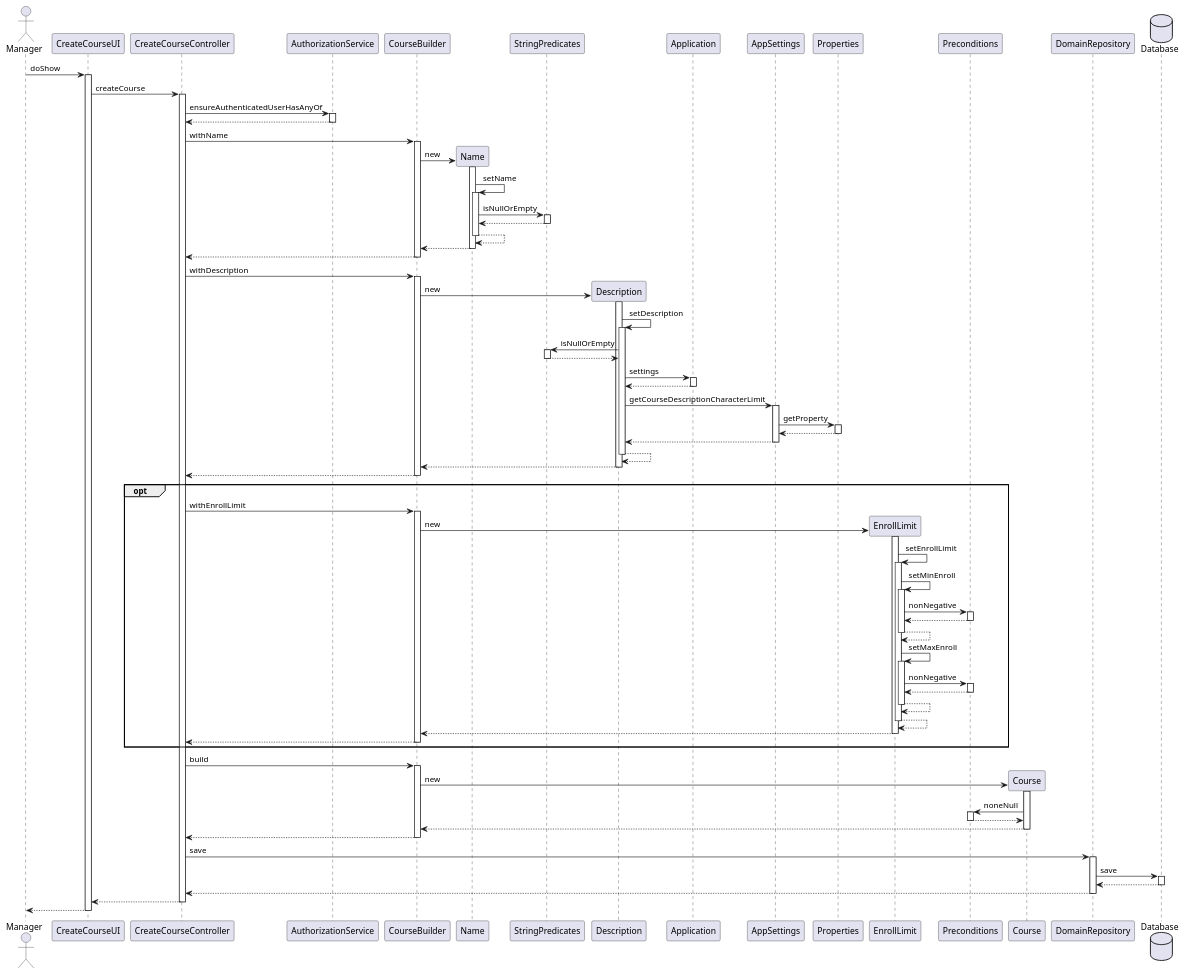
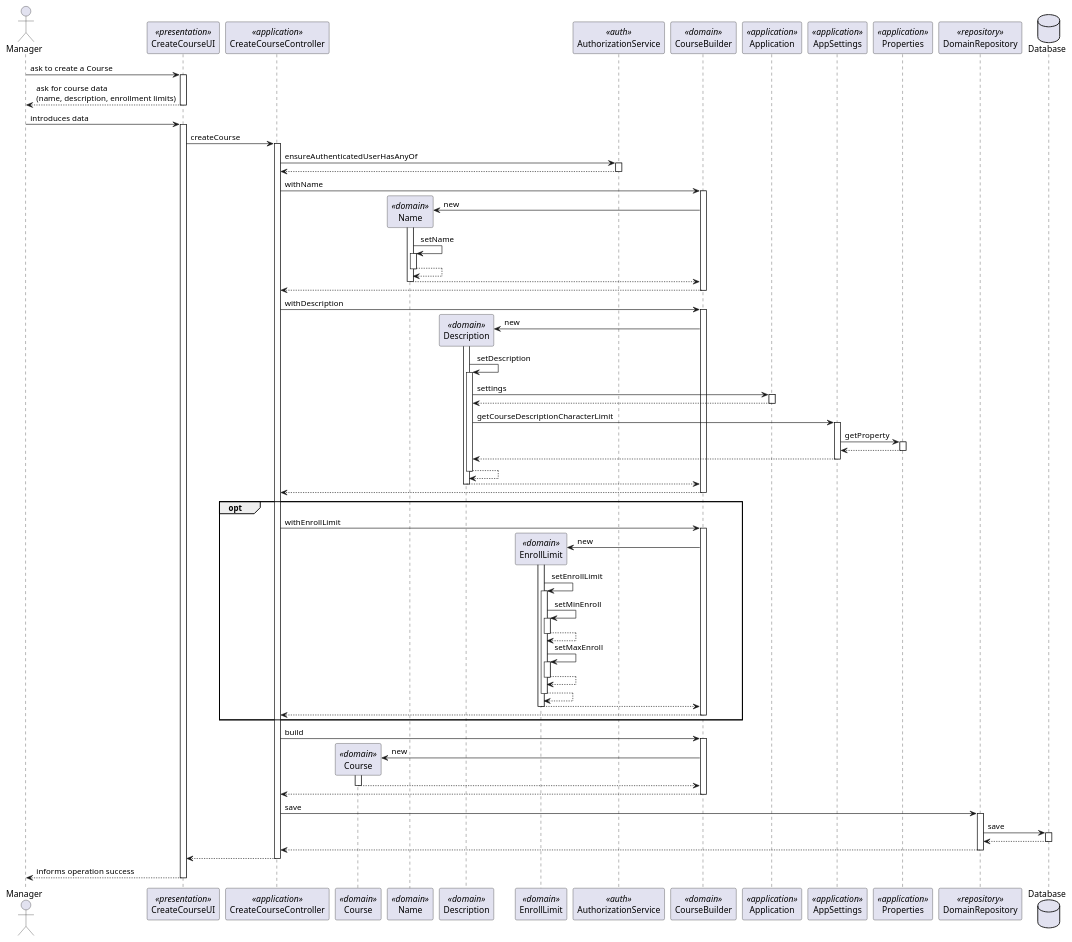
One commit to pedrocmesquita/eCourse changed the diagram in docs/us_1002/CreateCourse_SD.puml. Above: the diagram before and after it, drawn with PlantUML. The commit also changed 10 other files, not shown here.

```diff
--- a/docs/us_1002/CreateCourse_SD.puml
+++ b/docs/us_1002/CreateCourse_SD.puml
@@ -1,113 +1,111 @@
 @startuml
 actor Manager as Actor
-Actor -> CreateCourseUI : doShow
+participant CreateCourseUI as CreateCourseUI <<presentation>>
+participant CreateCourseController as CreateCourseController <<application>>
+participant Course as Course <<domain>>
+participant Name as Name <<domain>>
+participant Description as Description <<domain>>
+participant EnrollLimit as EnrollLimit <<domain>>
+participant AuthorizationService as AuthorizationService <<auth>>
+participant CourseBuilder as CourseBuilder <<domain>>
+participant Application as Application <<application>>
+participant AppSettings as AppSettings <<application>>
+participant Properties as Properties <<application>>
+participant DomainRepository as DomainRepository <<repository>>
+
+
+Actor -> CreateCourseUI : ask to create a Course
+activate CreateCourseUI
+CreateCourseUI --> Actor : ask for course data\n(name, description, enrollment limits)
+deactivate CreateCourseUI
+Actor -> CreateCourseUI : introduces data
 activate CreateCourseUI
 CreateCourseUI -> CreateCourseController : createCourse
 activate CreateCourseController
 CreateCourseController -> AuthorizationService : ensureAuthenticatedUserHasAnyOf
 activate AuthorizationService
 AuthorizationService --> CreateCourseController
 deactivate AuthorizationService
 CreateCourseController -> CourseBuilder : withName
 activate CourseBuilder
 create Name
 CourseBuilder -> Name : new
 activate Name
 Name -> Name : setName
 activate Name
-Name -> StringPredicates : isNullOrEmpty
-activate StringPredicates
-StringPredicates --> Name
-deactivate StringPredicates
 Name --> Name
 deactivate Name
 Name --> CourseBuilder
 deactivate Name
 CourseBuilder --> CreateCourseController
 deactivate CourseBuilder
 CreateCourseController -> CourseBuilder : withDescription
 activate CourseBuilder
 create Description
 CourseBuilder -> Description : new
 activate Description
 Description -> Description : setDescription
 activate Description
-Description -> StringPredicates : isNullOrEmpty
-activate StringPredicates
-StringPredicates --> Description
-deactivate StringPredicates
 Description -> Application : settings
 activate Application
 Application --> Description
 deactivate Application
 Description -> AppSettings : getCourseDescriptionCharacterLimit
 activate AppSettings
 AppSettings -> Properties : getProperty
 activate Properties
 Properties --> AppSettings
 deactivate Properties
 AppSettings --> Description
 deactivate AppSettings
 Description --> Description
 deactivate Description
 Description --> CourseBuilder
 deactivate Description
 CourseBuilder --> CreateCourseController
 deactivate CourseBuilder
 opt
 CreateCourseController -> CourseBuilder : withEnrollLimit
 activate CourseBuilder
 create EnrollLimit
 CourseBuilder -> EnrollLimit : new
 activate EnrollLimit
 EnrollLimit -> EnrollLimit : setEnrollLimit
 activate EnrollLimit
 EnrollLimit -> EnrollLimit : setMinEnroll
 activate EnrollLimit
-EnrollLimit -> Preconditions : nonNegative
-activate Preconditions
-Preconditions --> EnrollLimit
-deactivate Preconditions
 EnrollLimit --> EnrollLimit
 deactivate EnrollLimit
 EnrollLimit -> EnrollLimit : setMaxEnroll
 activate EnrollLimit
-EnrollLimit -> Preconditions : nonNegative
-activate Preconditions
-Preconditions --> EnrollLimit
-deactivate Preconditions
 EnrollLimit --> EnrollLimit
 deactivate EnrollLimit
 EnrollLimit --> EnrollLimit
 deactivate EnrollLimit
 EnrollLimit --> CourseBuilder
 deactivate EnrollLimit
 CourseBuilder --> CreateCourseController
 deactivate CourseBuilder
 end
 CreateCourseController -> CourseBuilder : build
 activate CourseBuilder
 create Course
 CourseBuilder -> Course : new
 activate Course
-Course -> Preconditions : noneNull
-activate Preconditions
-Preconditions --> Course
-deactivate Preconditions
 Course --> CourseBuilder
 deactivate Course
 CourseBuilder --> CreateCourseController
 deactivate CourseBuilder
 CreateCourseController -> DomainRepository : save
 activate DomainRepository
 database Database
 DomainRepository -> Database : save
 activate Database
 Database --> DomainRepository
 deactivate Database
 DomainRepository --> CreateCourseController
 deactivate DomainRepository
 CreateCourseController --> CreateCourseUI
 deactivate CreateCourseController
-return
+return informs operation success
 @enduml
```
